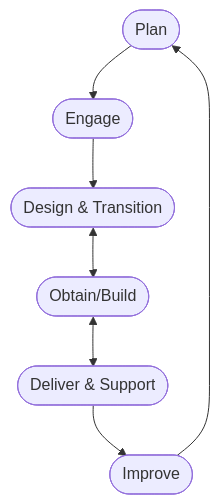
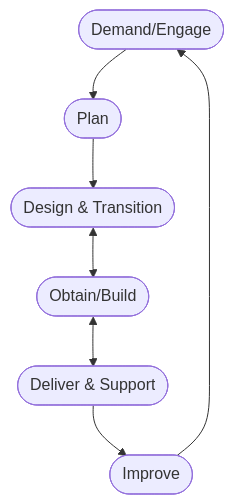
Before and after one commit to DHunnicuttSG/SRE: the diagram in ITSM/3.2-ITIL_Value_Chain.md, drawn with Mermaid.

Commit message:
updated ITIL Value Chain file

````diff
--- a/ITSM/3.2-ITIL_Value_Chain.md
+++ b/ITSM/3.2-ITIL_Value_Chain.md
@@ -76,10 +76,10 @@
 ```mermaid
 flowchart TD
-  A([Plan]) -->B([Engage])
+  A([Demand/Engage]) -->B([Plan])
   B -->C([Design & Transition])
   C <--> D([Obtain/Build])
   D <--> F([Deliver & Support])
   F --> E([Improve])
   
   E --> A
 ```
````
